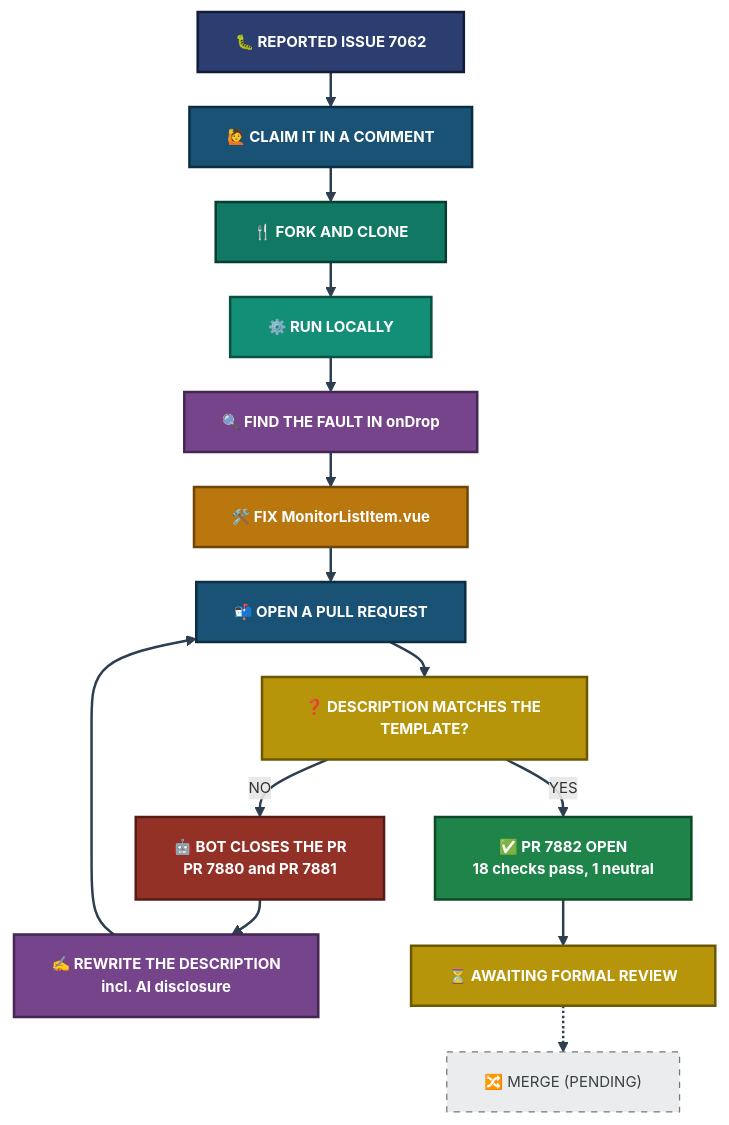
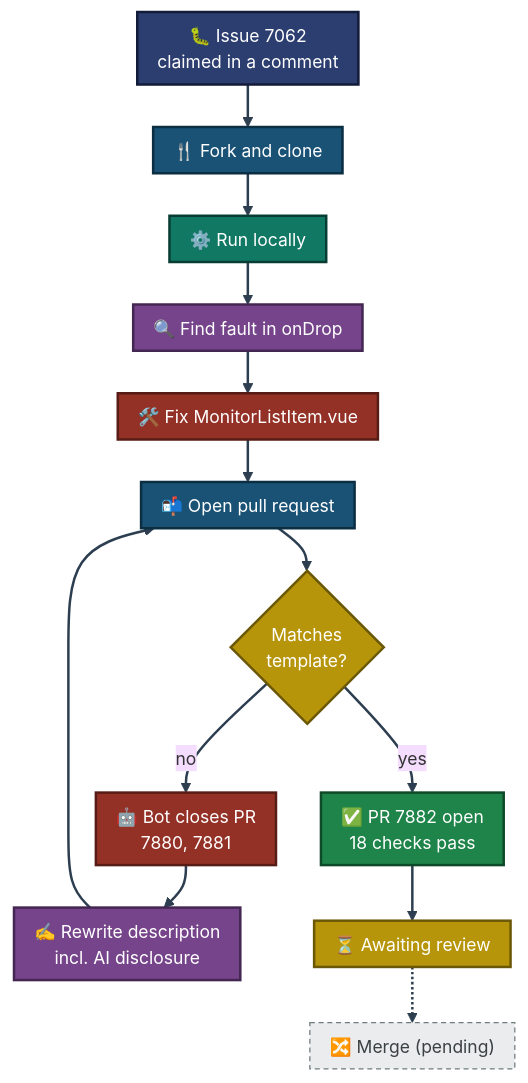
The fourth of 4 diagrams in project-4-uptime-kuma-open-source-contribution/README.md (malaika-azhar/Real-World-Tier2-Support-Projects), drawn with Mermaid before and after one commit. The commit also changed other lines of this file, not shown here.

````diff
--- a/project-4-uptime-kuma-open-source-contribution/README.md
+++ b/project-4-uptime-kuma-open-source-contribution/README.md
@@ -583,41 +575,28 @@
 ```mermaid
-%%{init: {'flowchart': {'nodeSpacing': 20, 'rankSpacing': 28, 'htmlLabels': true}, 'themeVariables': {'fontSize': '12px'}}}%%
+%%{init: {'theme': 'base', 'themeVariables': {'fontSize': '14px'}, 'flowchart': {'nodeSpacing': 24, 'rankSpacing': 34, 'padding': 8}}}%%
 flowchart TB
-    Iss["🐛 REPORTED ISSUE 7062"]:::issClass
-    Claim["🙋 CLAIM IT IN A COMMENT"]:::claimClass
-    Fork["🍴 FORK AND CLONE"]:::forkClass
-    Run["⚙️ RUN LOCALLY"]:::runClass
-    Find["🔍 FIND THE FAULT IN onDrop"]:::findClass
-    Fix["🛠️ FIX MonitorListItem.vue"]:::fixClass
-    Open["📬 OPEN A PULL REQUEST"]:::openClass
-    Tmpl["❓ DESCRIPTION MATCHES THE TEMPLATE?"]:::tmplClass
-    Bot["🤖 BOT CLOSES THE PR<br/>PR 7880 and PR 7881"]:::botClass
-    Redo["✍️ REWRITE THE DESCRIPTION<br/>incl. AI disclosure"]:::redoClass
-    Live["✅ PR 7882 OPEN<br/>18 checks pass, 1 neutral"]:::liveClass
-    Rev["⏳ AWAITING FORMAL REVIEW"]:::revClass
-    Merge["🔀 MERGE (PENDING)"]:::mergeClass
-
-    Iss --> Claim --> Fork --> Run --> Find --> Fix --> Open --> Tmpl
-    Tmpl -->|NO| Bot
-    Bot --> Redo
+    Iss["🐛 Issue 7062<br/>claimed in a comment"]:::start --> Fork["🍴 Fork and clone"]:::claim
+    Fork --> Run["⚙️ Run locally"]:::run
+    Run --> Find["🔍 Find fault in onDrop"]:::inv
+    Find --> Fix["🛠️ Fix MonitorListItem.vue"]:::fix
+    Fix --> Open["📬 Open pull request"]:::claim
+    Open --> Tmpl{"Matches<br/>template?"}:::q
+    Tmpl -->|no| Bot["🤖 Bot closes PR<br/>7880, 7881"]:::bad
+    Bot --> Redo["✍️ Rewrite description<br/>incl. AI disclosure"]:::redo
     Redo --> Open
-    Tmpl -->|YES| Live
-    Live --> Rev
-    Rev -.-> Merge
-
-    classDef issClass fill:#2C3E70,stroke:#131B3A,stroke-width:2px,color:#FFFFFF,font-weight:bold
-    classDef claimClass fill:#1A5276,stroke:#0B2E43,stroke-width:2px,color:#FFFFFF,font-weight:bold
-    classDef forkClass fill:#117864,stroke:#083D33,stroke-width:2px,color:#FFFFFF,font-weight:bold
-    classDef runClass fill:#148F77,stroke:#0B5142,stroke-width:2px,color:#FFFFFF,font-weight:bold
-    classDef findClass fill:#76448A,stroke:#432752,stroke-width:2px,color:#FFFFFF,font-weight:bold
-    classDef fixClass fill:#B9770E,stroke:#6E4409,stroke-width:2px,color:#FFFFFF,font-weight:bold
-    classDef openClass fill:#1A5276,stroke:#0B2E43,stroke-width:2px,color:#FFFFFF,font-weight:bold
-    classDef tmplClass fill:#B7950B,stroke:#6B5807,stroke-width:2px,color:#FFFFFF,font-weight:bold
-    classDef botClass fill:#943126,stroke:#571C16,stroke-width:2px,color:#FFFFFF,font-weight:bold
-    classDef redoClass fill:#76448A,stroke:#432752,stroke-width:2px,color:#FFFFFF,font-weight:bold
-    classDef liveClass fill:#1E8449,stroke:#0E4A28,stroke-width:2px,color:#FFFFFF,font-weight:bold
-    classDef revClass fill:#B7950B,stroke:#6B5807,stroke-width:2px,color:#FFFFFF,font-weight:bold
-    classDef mergeClass fill:#EAECEE,stroke:#707B7C,color:#3B4142,stroke-dasharray: 5 5
-
+    Tmpl -->|yes| Live["✅ PR 7882 open<br/>18 checks pass"]:::ok
+    Live --> Rev["⏳ Awaiting review"]:::wait
+    Rev -.-> Merge["🔀 Merge (pending)"]:::note
+    classDef start fill:#2C3E70,stroke:#131B3A,stroke-width:2px,color:#FFFFFF
+    classDef claim fill:#1A5276,stroke:#0B2E43,stroke-width:2px,color:#FFFFFF
+    classDef run fill:#117864,stroke:#083D33,stroke-width:2px,color:#FFFFFF
+    classDef inv fill:#76448A,stroke:#432752,stroke-width:2px,color:#FFFFFF
+    classDef fix fill:#943126,stroke:#571C16,stroke-width:2px,color:#FFFFFF
+    classDef q fill:#B7950B,stroke:#6B5807,stroke-width:2px,color:#FFFFFF
+    classDef bad fill:#943126,stroke:#571C16,stroke-width:2px,color:#FFFFFF
+    classDef redo fill:#76448A,stroke:#432752,stroke-width:2px,color:#FFFFFF
+    classDef ok fill:#1E8449,stroke:#0E4A28,stroke-width:2px,color:#FFFFFF
+    classDef wait fill:#B7950B,stroke:#6B5807,stroke-width:2px,color:#FFFFFF
+    classDef note fill:#EAECEE,stroke:#707B7C,color:#3B4142,stroke-dasharray: 4 3
     linkStyle default stroke:#2C3E50,stroke-width:2px
 ```
````
